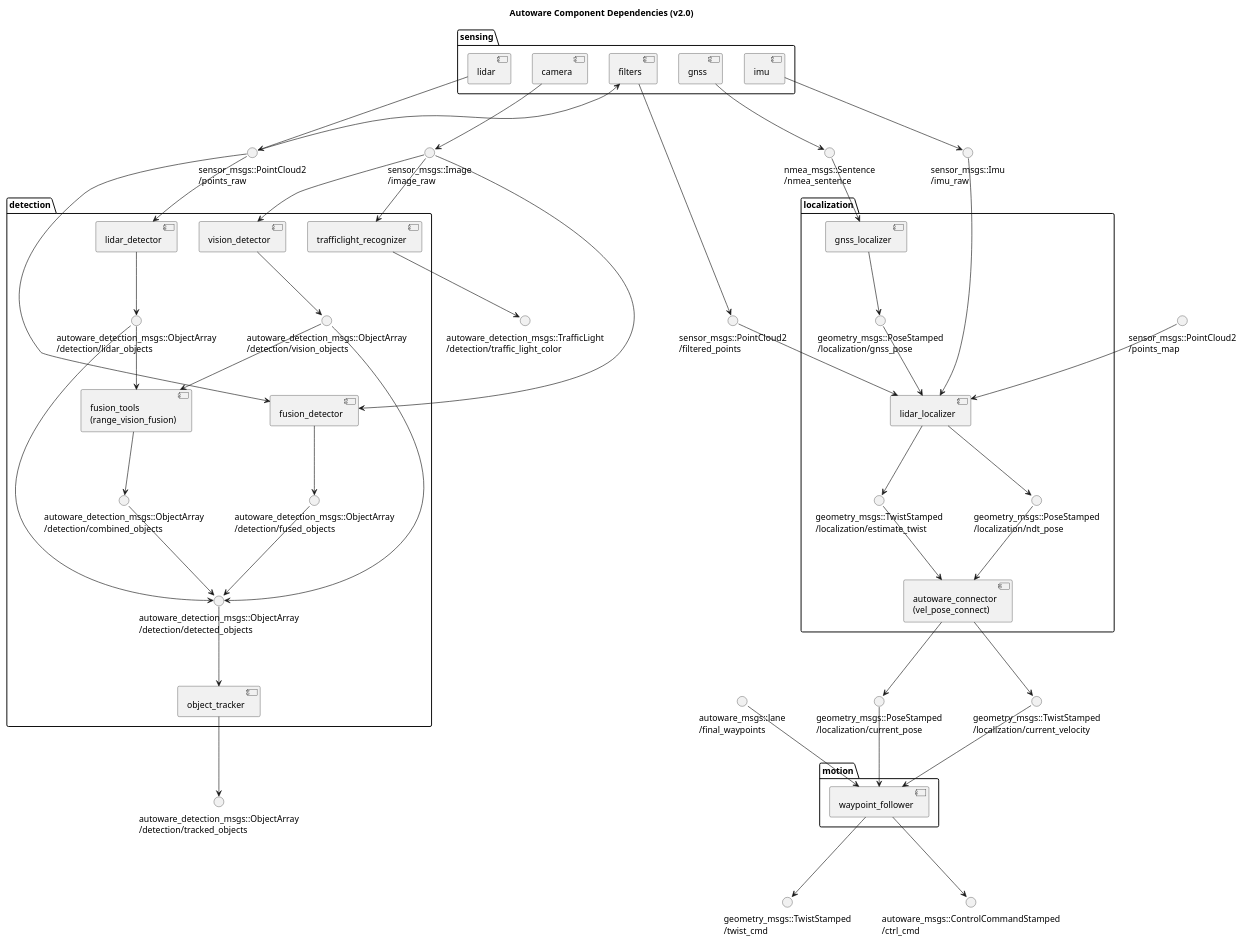
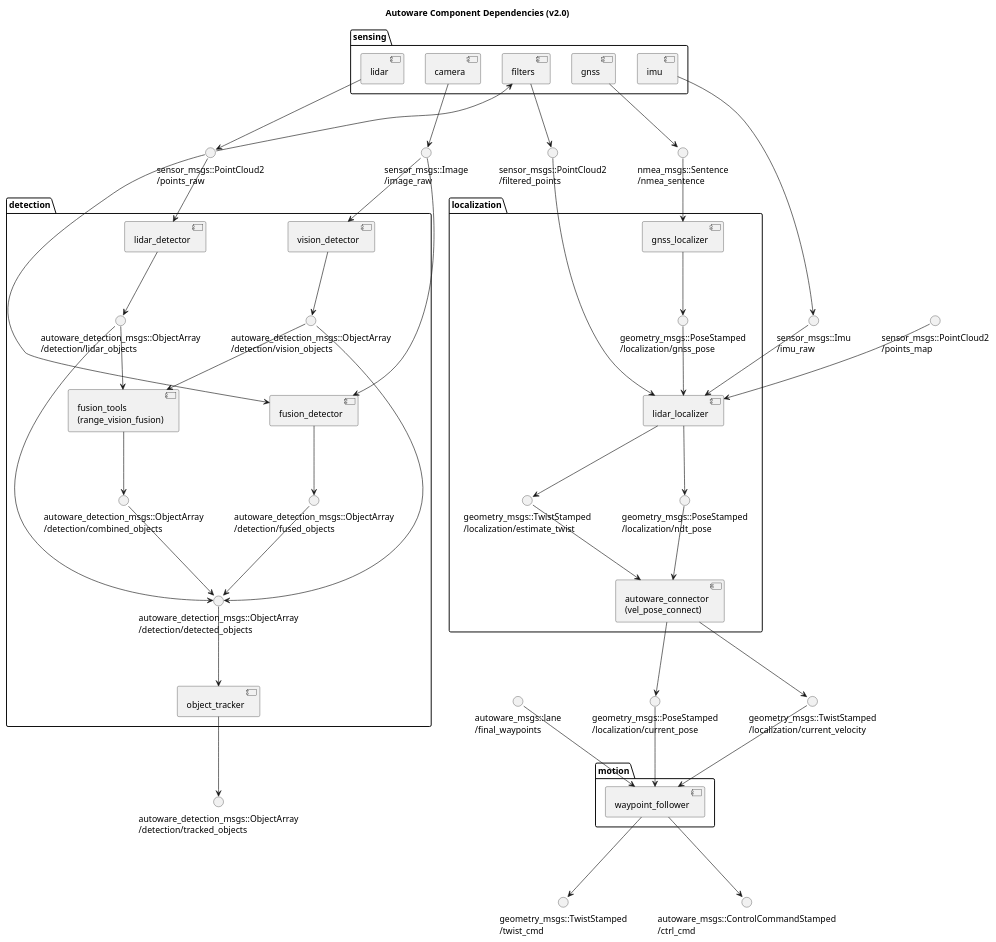
The diagram in docs/architecture/ComponentDiagram.pu (heyuliang/Autoware), drawn with PlantUML before and after one commit.

Commit message:
Comment-out traffic_light_recognizer

```diff
--- a/docs/architecture/ComponentDiagram.pu
+++ b/docs/architecture/ComponentDiagram.pu
@@ -1,144 +1,144 @@
 @startuml
 
 title Autoware Component Dependencies (v2.0)
 
 () "sensor_msgs::Image\n/image_raw" as image_raw
 () "sensor_msgs::PointCloud2\n/points_raw" as points_raw
 () "sensor_msgs::PointCloud2\n/filtered_points" as filtered_points
 () "sensor_msgs::Imu\n/imu_raw" as imu_raw 
 () "nmea_msgs::Sentence\n/nmea_sentence" as nmea_sentence
 
 folder sensing {
     [camera]
     'outputs
     camera --> image_raw
 
     [lidar]
     'outputs
     lidar --> points_raw
 
     [filters]
     'inputs
     points_raw --> filters
     'outputs
     filters --> filtered_points
 
     [imu]
     'outputs
     imu --> imu_raw
 
     [gnss]
     'outputs
     gnss --> nmea_sentence
 }
 
 () "autoware_detection_msgs::ObjectArray\n/detection/tracked_objects" as tracked_objects
-() "autoware_detection_msgs::TrafficLight\n/detection/traffic_light_color" as traffic_light_color
+'() "autoware_detection_msgs::TrafficLight\n/detection/traffic_light_color" as traffic_light_color
 
 folder detection {
     () "autoware_detection_msgs::ObjectArray\n/detection/vision_objects" as detected_objects_vision
     () "autoware_detection_msgs::ObjectArray\n/detection/lidar_objects" as detected_objects_lidar
     () "autoware_detection_msgs::ObjectArray\n/detection/combined_objects" as detected_objects_combined
     () "autoware_detection_msgs::ObjectArray\n/detection/fused_objects" as detected_objects_fused
     () "autoware_detection_msgs::ObjectArray\n/detection/detected_objects" as detected_objects
 
     [vision_detector]
     'inputs
     image_raw --> vision_detector
     'outputs
     vision_detector --> detected_objects_vision
 
     [lidar_detector]
     'inputs
     points_raw --> lidar_detector
     'outputs
     lidar_detector --> detected_objects_lidar
 
     [fusion_detector]
     'inputs
     image_raw --> fusion_detector
     points_raw --> fusion_detector
     'outputs
     fusion_detector --> detected_objects_fused
 
     [fusion_tools\n(range_vision_fusion)] as fusion_tools
     'inputs
     detected_objects_vision --> fusion_tools
     detected_objects_lidar --> fusion_tools
     'outputs
     fusion_tools --> detected_objects_combined
 
     'connection
     detected_objects_vision --> detected_objects
     detected_objects_lidar --> detected_objects
     detected_objects_combined --> detected_objects
     detected_objects_fused --> detected_objects
 
     [object_tracker]
     'inputs
     detected_objects --> object_tracker
     'outputs
     object_tracker --> tracked_objects
 
-    [trafficlight_recognizer]
+    '[trafficlight_recognizer]
     'inputs
-    image_raw --> trafficlight_recognizer
+    'image_raw --> trafficlight_recognizer
     'outputs
-    trafficlight_recognizer --> traffic_light_color
+    'trafficlight_recognizer --> traffic_light_color
 }
 
 'lidar_localizer
 () "sensor_msgs::PointCloud2\n/points_map" as points_map
 
 'vel_pose_connect
 () "geometry_msgs::PoseStamped\n/localization/current_pose" as current_pose
 () "geometry_msgs::TwistStamped\n/localization/current_velocity" as current_velocity
 
 folder localization {
     () "geometry_msgs::PoseStamped\n/localization/gnss_pose" as gnss_pose
     () "geometry_msgs::TwistStamped\n/localization/estimate_twist" as estimate_twist
     () "geometry_msgs::PoseStamped\n/localization/ndt_pose" as ndt_pose
 
     [gnss_localizer]
     'inputs
     nmea_sentence --> gnss_localizer
     'outputs
     gnss_localizer --> gnss_pose
 
     [lidar_localizer]
     'inputs
     gnss_pose --> lidar_localizer
     filtered_points --> lidar_localizer
     points_map --> lidar_localizer
     imu_raw --> lidar_localizer
     'outputs
     lidar_localizer --> estimate_twist
     lidar_localizer --> ndt_pose
 
     [autoware_connector\n(vel_pose_connect)] as vel_pose_connect
     'inputs
     estimate_twist --> vel_pose_connect
     ndt_pose --> vel_pose_connect
     'outputs
     vel_pose_connect --> current_pose
     vel_pose_connect --> current_velocity
 
     '[dead_reckoner] @ Autoware v2.0
 }
 
 () "autoware_msgs::lane\n/final_waypoints" as final_waypoints
 () "geometry_msgs::TwistStamped\n/twist_cmd" as twist_cmd
 () "autoware_msgs::ControlCommandStamped\n/ctrl_cmd" as ctrl_cmd
 
 folder motion {
     [waypoint_follower]
     'inputs
     current_pose --> waypoint_follower
     current_velocity --> waypoint_follower
     final_waypoints --> waypoint_follower
     'outputs
     waypoint_follower --> twist_cmd
     waypoint_follower --> ctrl_cmd
 }
 
 @enduml
```
